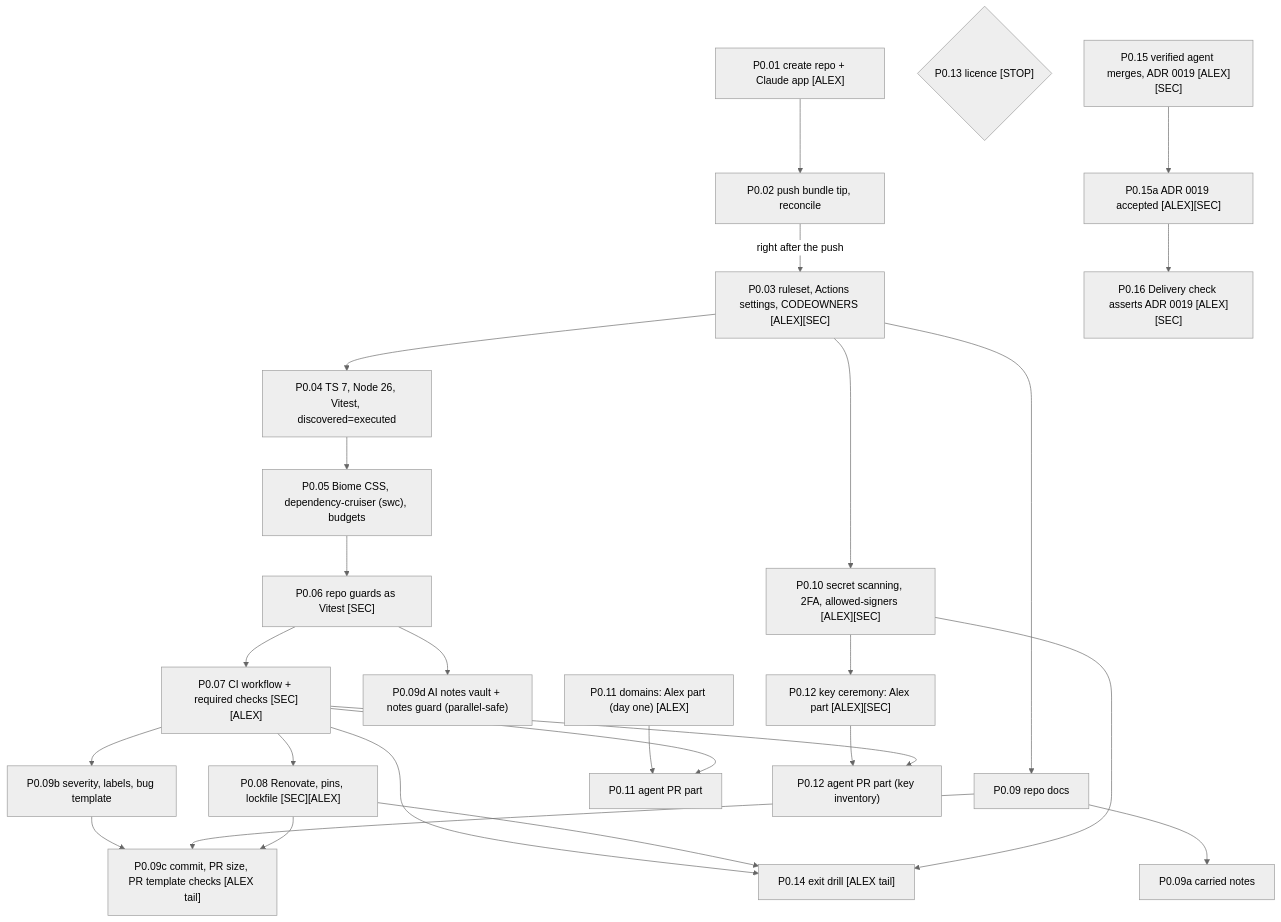
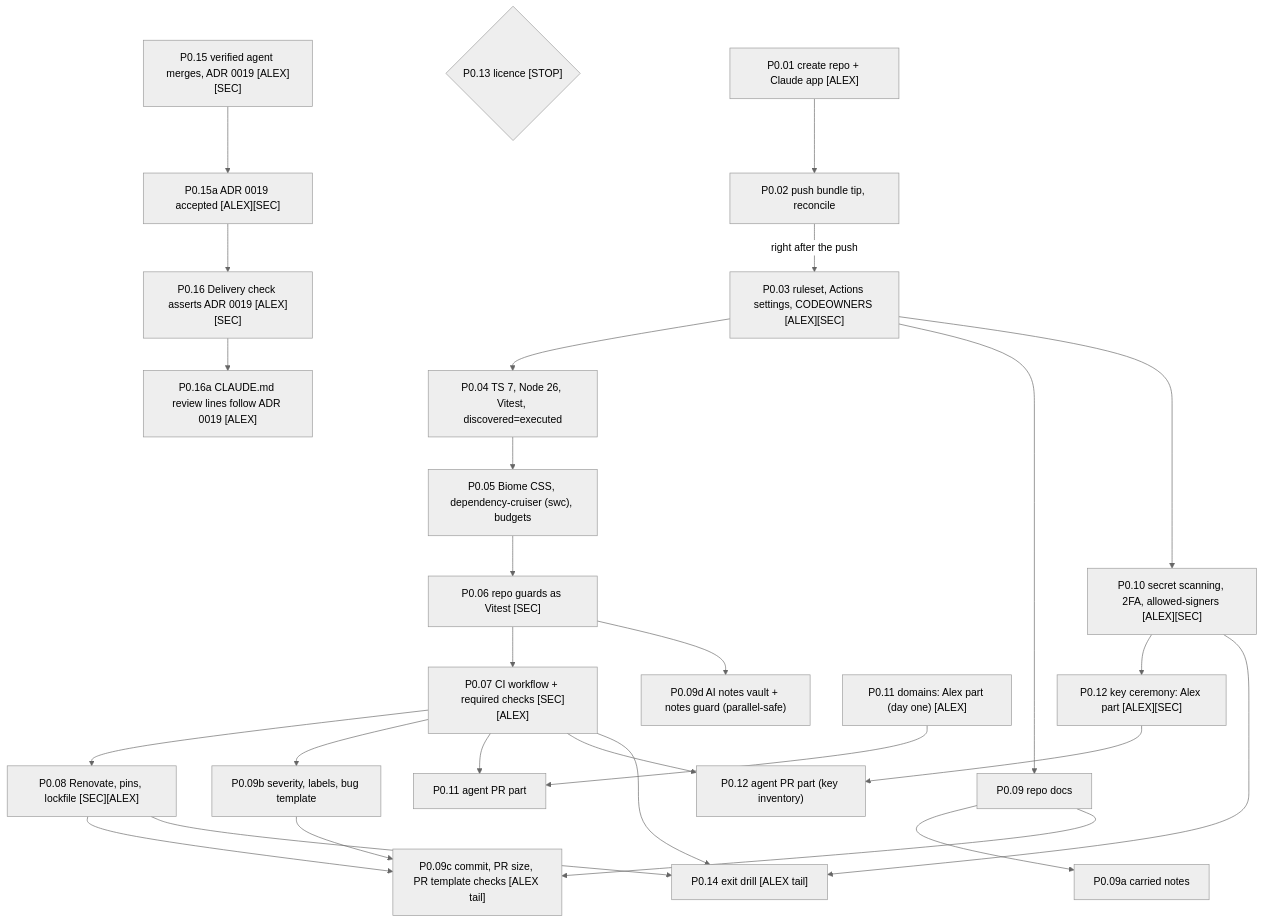
One commit to Undefined6799/unset changed the first of 2 diagrams in docs/ai/book/phase-0.md. Above: the diagram before and after it, drawn with Mermaid (neutral theme). The commit also changed other lines of this file and 4 other files, not shown here.

````diff
--- a/docs/ai/book/phase-0.md
+++ b/docs/ai/book/phase-0.md
@@ -76,29 +78,30 @@
 ```mermaid
 flowchart TD
   P001["P0.01 create repo + Claude app [ALEX]"] --> P002["P0.02 push bundle tip, reconcile"]
   P002 -->|"right after the push"| P003["P0.03 ruleset, Actions settings, CODEOWNERS [ALEX][SEC]"]
   P003 --> P004["P0.04 TS 7, Node 26, Vitest, discovered=executed"]
   P004 --> P005["P0.05 Biome CSS, dependency-cruiser (swc), budgets"]
   P005 --> P006["P0.06 repo guards as Vitest [SEC]"]
   P006 --> P007["P0.07 CI workflow + required checks [SEC][ALEX]"]
   P007 --> P008["P0.08 Renovate, pins, lockfile [SEC][ALEX]"]
   P003 --> P009["P0.09 repo docs"]
   P009 --> P009a["P0.09a carried notes"]
   P007 --> P009b["P0.09b severity, labels, bug template"]
   P009b --> P009c["P0.09c commit, PR size, PR template checks [ALEX tail]"]
   P006 --> P009d["P0.09d AI notes vault + notes guard (parallel-safe)"]
   P009 --> P009c
   P008 --> P009c
   P003 --> P010["P0.10 secret scanning, 2FA, allowed-signers [ALEX][SEC]"]
   P011A["P0.11 domains: Alex part (day one) [ALEX]"] --> P011B["P0.11 agent PR part"]
   P007 --> P011B
   P010 --> P012A["P0.12 key ceremony: Alex part [ALEX][SEC]"]
   P012A --> P012B["P0.12 agent PR part (key inventory)"]
   P007 --> P012B
   P013{"P0.13 licence [STOP]"}
   P007 --> P014["P0.14 exit drill [ALEX tail]"]
   P008 --> P014
   P010 --> P014
   P015["P0.15 verified agent merges, ADR 0019 [ALEX][SEC]"] --> P015a["P0.15a ADR 0019 accepted [ALEX][SEC]"]
   P015a --> P016["P0.16 Delivery check asserts ADR 0019 [ALEX][SEC]"]
+  P016 --> P016a["P0.16a CLAUDE.md review lines follow ADR 0019 [ALEX]"]
 ```
````
